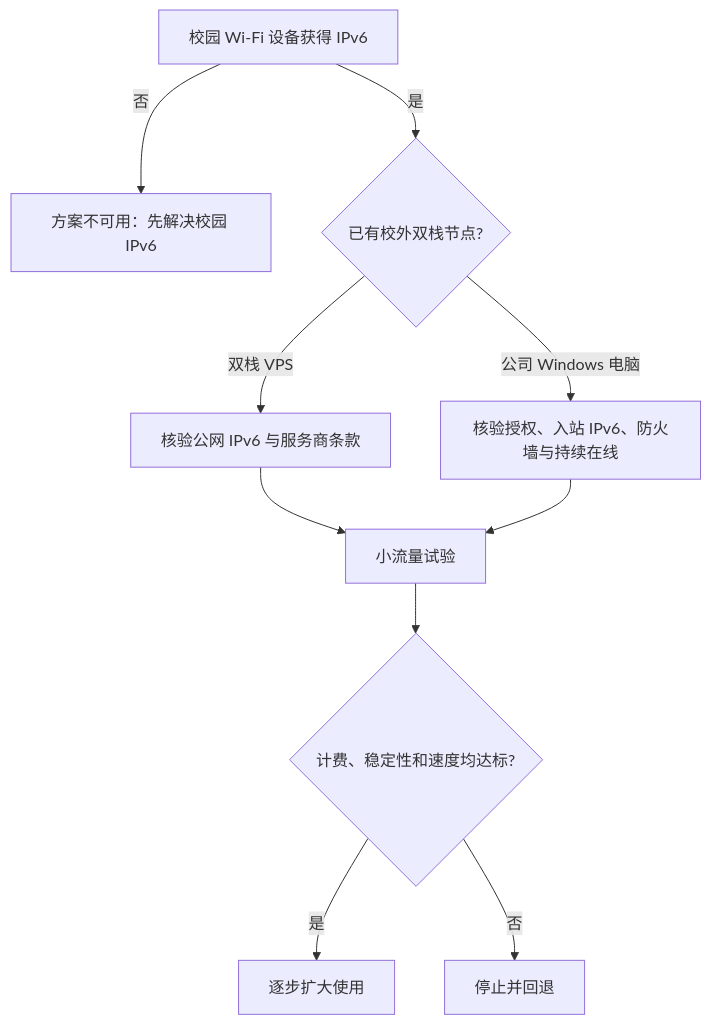
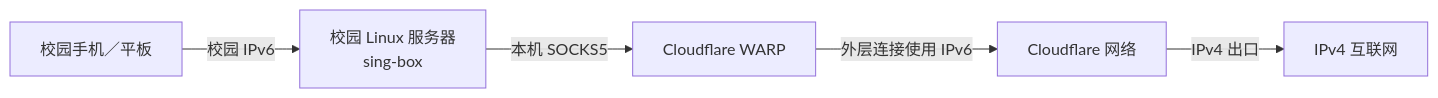
Before and after one commit to Battleplus/ipv6: the diagram in README.md, drawn with Mermaid. The commit also changed other lines of this file and 2 other files, not shown here.

Commit message:
docs: record campus server WARP deployment

````diff
--- a/README.md
+++ b/README.md
@@ -17,12 +18,7 @@
 ```mermaid
-flowchart TD
-  A[校园 Wi-Fi 设备获得 IPv6] -->|否| B[方案不可用：先解决校园 IPv6]
-  A -->|是| C{已有校外双栈节点?}
-  C -->|双栈 VPS| D[核验公网 IPv6 与服务商条款]
-  C -->|公司 Windows 电脑| E[核验授权、入站 IPv6、防火墙与持续在线]
-  D --> F[小流量试验]
-  E --> F
-  F --> G{计费、稳定性和速度均达标?}
-  G -->|是| H[逐步扩大使用]
-  G -->|否| I[停止并回退]
+flowchart LR
+  A[校园手机／平板] -->|校园 IPv6| B[校园 Linux 服务器<br/>sing-box]
+  B -->|本机 SOCKS5| C[Cloudflare WARP]
+  C -->|外层连接使用 IPv6| D[Cloudflare 网络]
+  D -->|IPv4 出口| E[IPv4 互联网]
 ```
````
